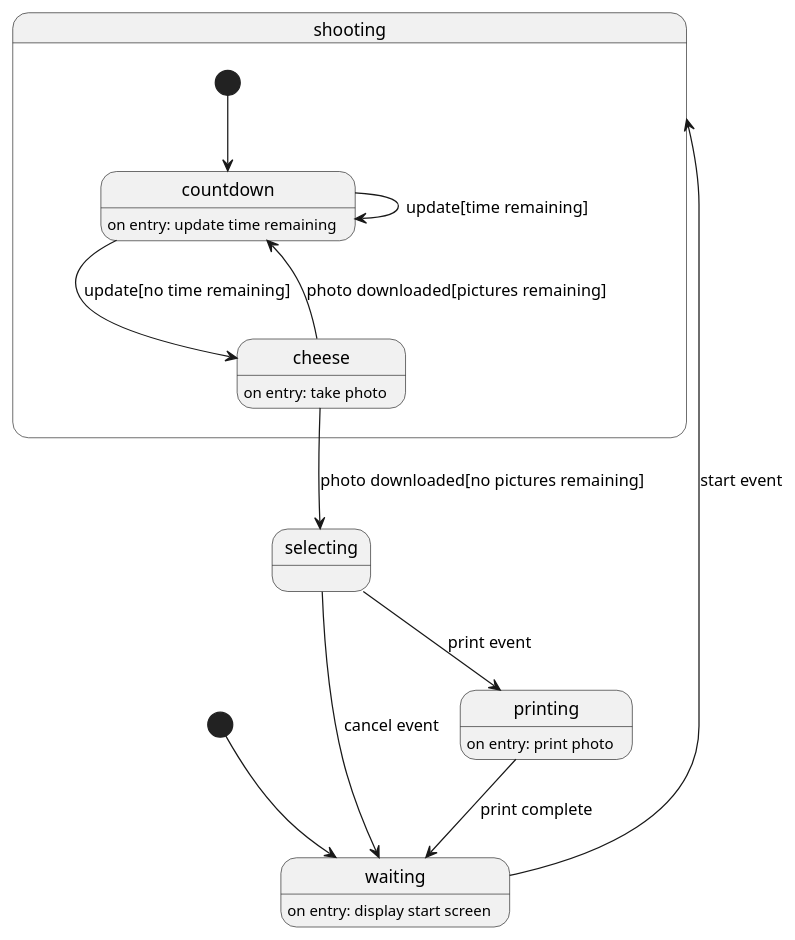
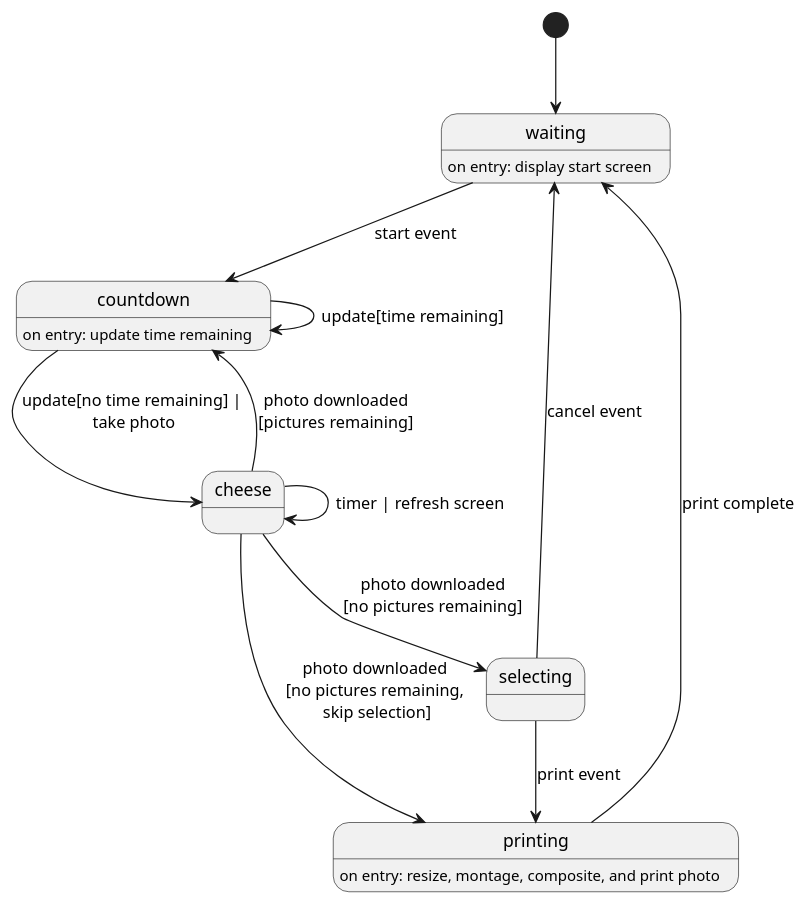
Before and after one commit to AndrewWasHere/photobooth: the third of 3 diagrams in docs/design/design.rst, drawn with PlantUML. The commit also changed other lines of this file and 1 other file, not shown here.

```diff
--- a/docs/design/design.rst
+++ b/docs/design/design.rst
@@ -20,21 +53,23 @@
 .. uml::
 
     @startuml
+    ' Idle state
     [*] --> waiting
     waiting : on entry: display start screen
-    waiting --> shooting : start event
+    waiting --> countdown : start event
 
-    state shooting {
-    [*] --> countdown
+    ' Shooting states
     countdown : on entry: update time remaining
     countdown --> countdown : update[time remaining]
-    countdown --> cheese : update[no time remaining]
-    cheese : on entry: take photo
-    cheese --> countdown : photo downloaded[pictures remaining]
-    }
-    cheese --> selecting : photo downloaded[no pictures remaining]
+    countdown --> cheese : update[no time remaining] |\n take photo
+    cheese --> cheese : timer | refresh screen
+    cheese --> countdown : photo downloaded\n[pictures remaining]
+
+    ' Output states
+    cheese --> selecting : photo downloaded\n[no pictures remaining]
+    cheese --> printing : photo downloaded\n[no pictures remaining,\n skip selection]
     selecting --> printing : print event
     selecting --> waiting : cancel event
     printing --> waiting : print complete
-    printing : on entry: print photo
+    printing : on entry: resize, montage, composite, and print photo
     @enduml
```
